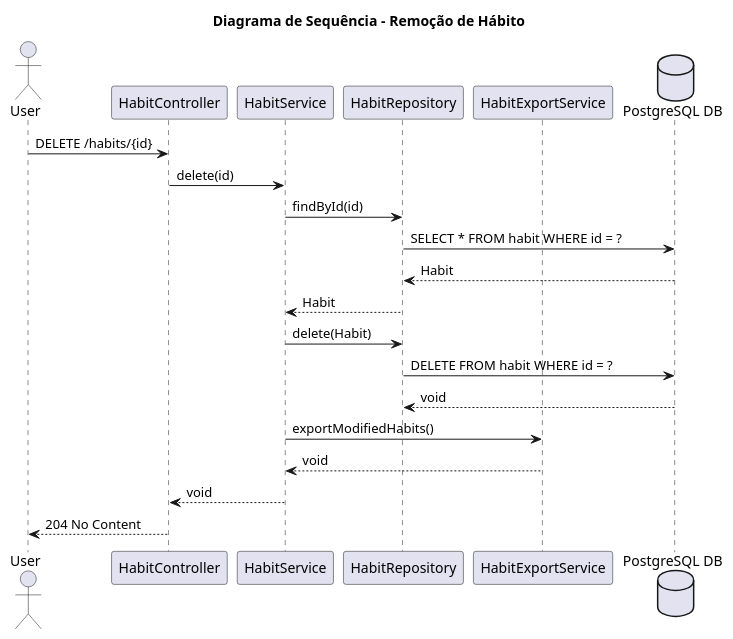
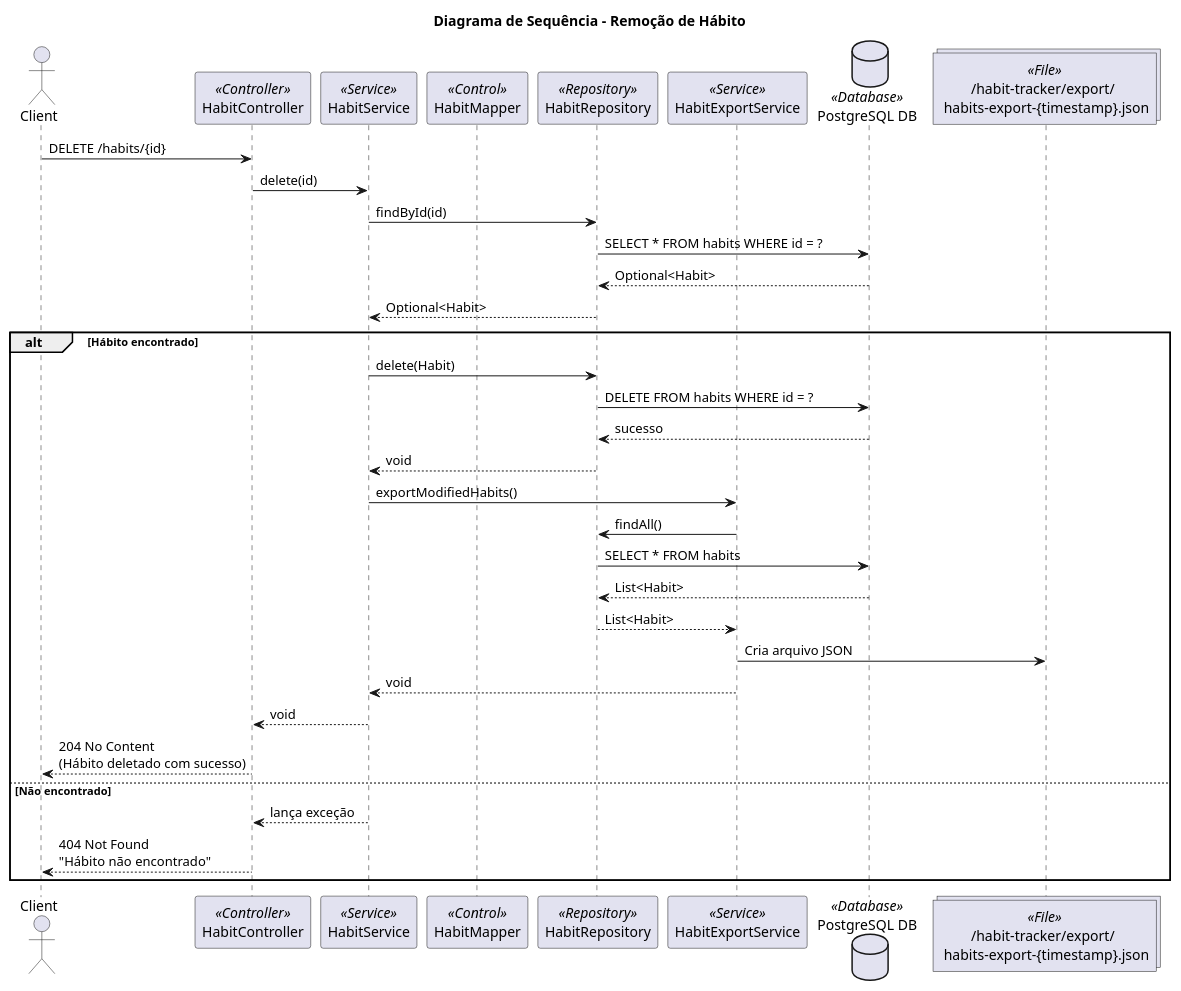
One commit to GuimaraesGus/habit-tracker changed the diagram in docs/habit-delete-sequence.puml. Above: the diagram before and after it, drawn with PlantUML. The commit also changed 12 other files, not shown here.

```diff
--- a/docs/habit-delete-sequence.puml
+++ b/docs/habit-delete-sequence.puml
@@ -1,24 +1,40 @@
 @startuml
 title Diagrama de Sequência - Remoção de Hábito
 
-actor User
-participant "HabitController" as Controller
-participant "HabitService" as Service
-participant "HabitRepository" as Repository
-participant "HabitExportService" as Exporter
-database "PostgreSQL DB" as DB
+actor Client
 
-User -> Controller : DELETE /habits/{id}
+participant "HabitController" as Controller <<Controller>>
+participant "HabitService" as Service <<Service>>
+participant "HabitMapper" as Mapper <<Control>>
+participant "HabitRepository" as Repository <<Repository>>
+participant "HabitExportService" as ExportService <<Service>>
+database "PostgreSQL DB" as DB <<Database>>
+collections "/habit-tracker/export/ \n habits-export-{timestamp}.json" as File <<File>>
+
+Client -> Controller : DELETE /habits/{id}
 Controller -> Service : delete(id)
+
 Service -> Repository : findById(id)
-Repository -> DB : SELECT * FROM habit WHERE id = ?
-DB --> Repository : Habit
-Repository --> Service : Habit
-Service -> Repository : delete(Habit)
-Repository -> DB : DELETE FROM habit WHERE id = ?
-DB --> Repository : void
-Service -> Exporter : exportModifiedHabits()
-Exporter --> Service : void
-Service --> Controller : void
-Controller --> User : 204 No Content
+Repository -> DB : SELECT * FROM habits WHERE id = ?
+DB --> Repository : Optional<Habit>
+Repository --> Service : Optional<Habit>
+
+alt Hábito encontrado
+  Service -> Repository : delete(Habit)
+  Repository -> DB : DELETE FROM habits WHERE id = ?
+  DB --> Repository : sucesso
+  Repository --> Service : void
+  Service -> ExportService : exportModifiedHabits()
+  ExportService -> Repository : findAll()
+  Repository -> DB : SELECT * FROM habits
+  DB --> Repository : List<Habit>
+  Repository --> ExportService : List<Habit>
+  ExportService -> File : Cria arquivo JSON
+  ExportService --> Service : void
+  Service --> Controller : void
+  Controller --> Client : 204 No Content\n(Hábito deletado com sucesso)
+else Não encontrado
+  Service --> Controller : lança exceção
+  Controller --> Client : 404 Not Found\n"Hábito não encontrado"
+end
 @enduml
```
